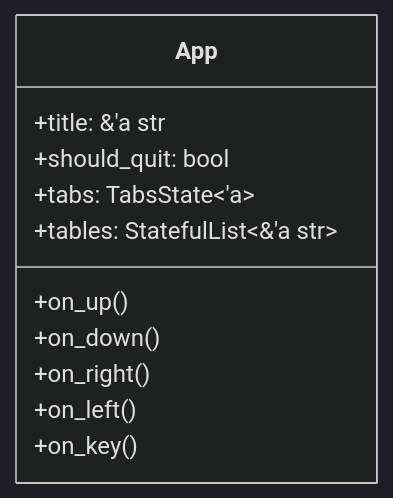
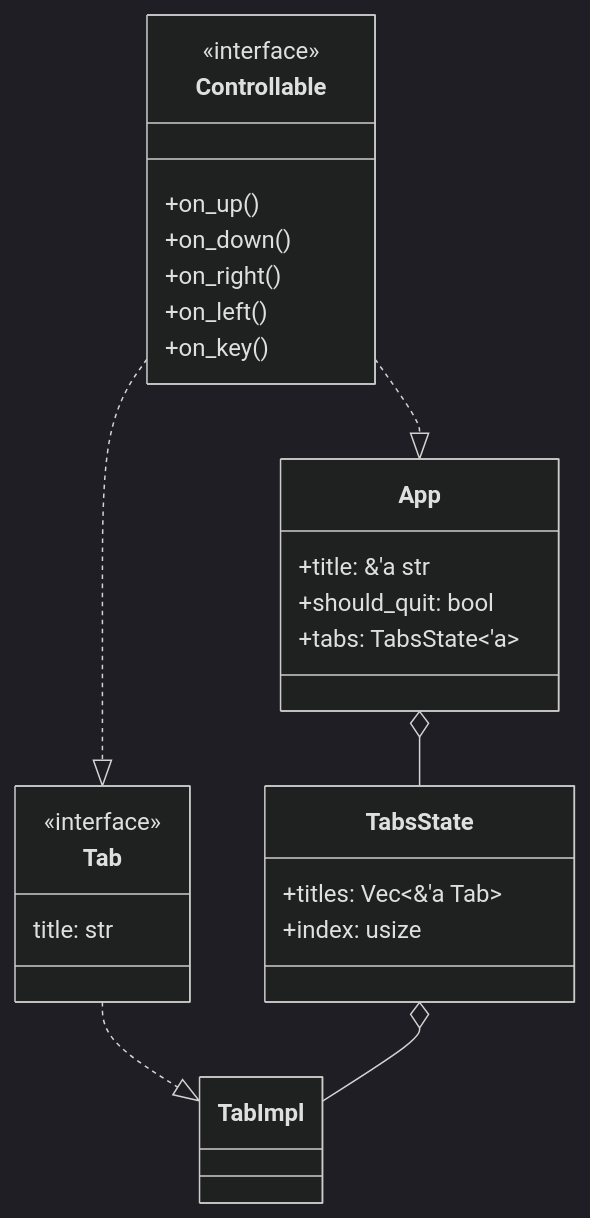
Before and after one commit to yamatatsu/addyct: the first of 2 diagrams in docs/class.md, drawn with Mermaid (dark theme). The commit also changed other lines of this file, not shown here.

````diff
--- a/docs/class.md
+++ b/docs/class.md
@@ -1,15 +1,36 @@
 ```mermaid
 classDiagram
+  class Controllable{
+    <<interface>>
+    +on_up()
+    +on_down()
+    +on_right()
+    +on_left()
+    +on_key()
+  }
+
   class App{
-      +title: &'a str
-      +should_quit: bool
-      +tabs: TabsState<'a>
-      +tables: StatefulList<&'a str>
+    +title: &'a str
+    +should_quit: bool
+    +tabs: TabsState<'a>
+  }
 
-      +on_up()
-      +on_down()
-      +on_right()
-      +on_left()
-      +on_key()
+  class TabsState{
+    +titles: Vec<&'a Tab>
+    +index: usize
   }
+
+  class Tab{
+    <<interface>>
+    title: str
+  }
+
+  class TabImpl{
+  }
+
+  Controllable ..|> App
+  Controllable ..|> Tab
+  Tab ..|> TabImpl
+  App o-- TabsState
+  TabsState o-- TabImpl
 ```
````
